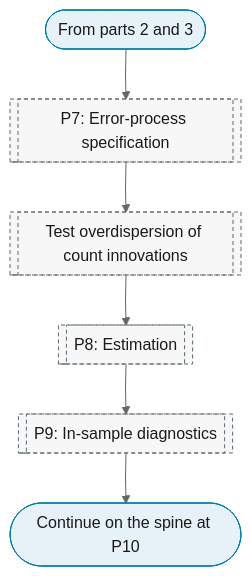
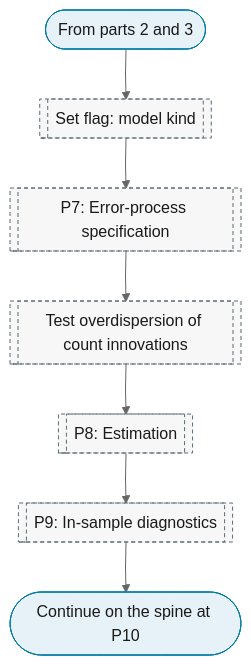
The fourth of 5 diagrams in docs/reference/16-count-categorical/index.md (Shuxin-Y/time-series-analysis-manual), drawn with Mermaid (neutral theme) before and after one commit. The commit also changed other lines of this file and 17 other files, not shown here.

First line of the commit message:
fix(charts): round-3 review fixes to seasonality, thresholds and branch flags

````diff
--- a/docs/reference/16-count-categorical/index.md
+++ b/docs/reference/16-count-categorical/index.md
@@ -89,19 +90,21 @@
 ```mermaid
 %%{init: {"flowchart": {"curve": "linear"}}}%%
 graph TD
-    B1_PART_4_IN(["From parts 2 and 3"]) --> P7[["P7: Error-process specification"]]
+    B1_PART_4_IN(["From parts 2 and 3"]) --> P6_KIND_FLAG[["Set flag: model kind"]]
+    P6_KIND_FLAG --> P7[["P7: Error-process specification"]]
+    class P6_KIND_FLAG ref
     P7 --> P7_COUNT_TESTS[["Test overdispersion of count innovations"]]
     P7_COUNT_TESTS --> P8[["P8: Estimation"]]
     P8 --> P9[["P9: In-sample diagnostics"]]
     P9 --> B1_OUT(["Continue on the spine at P10"])
     class B1_PART_4_IN,B1_OUT terminator
     class P7,P7_COUNT_TESTS,P8,P9 ref
     classDef terminator fill:#E6F2F7,stroke:#007BA7,color:#1A1A1A;
     classDef process fill:#FFFFFF,stroke:#5A6B73,color:#1A1A1A;
     classDef decision fill:#EFE7F0,stroke:#9B7FA7,color:#1A1A1A;
     classDef data fill:#FFF4E0,stroke:#C9A55E,color:#1A1A1A;
     classDef good fill:#DCEFD8,stroke:#4A7A3F,color:#1A1A1A;
     classDef escalate fill:#FFE9C2,stroke:#C9A55E,color:#1A1A1A;
     classDef problem fill:#F2D9DE,stroke:#800020,color:#1A1A1A;
     classDef ref fill:#F7F7F7,stroke:#5A6B73,color:#1A1A1A,stroke-dasharray:4 3;
 ```
````
